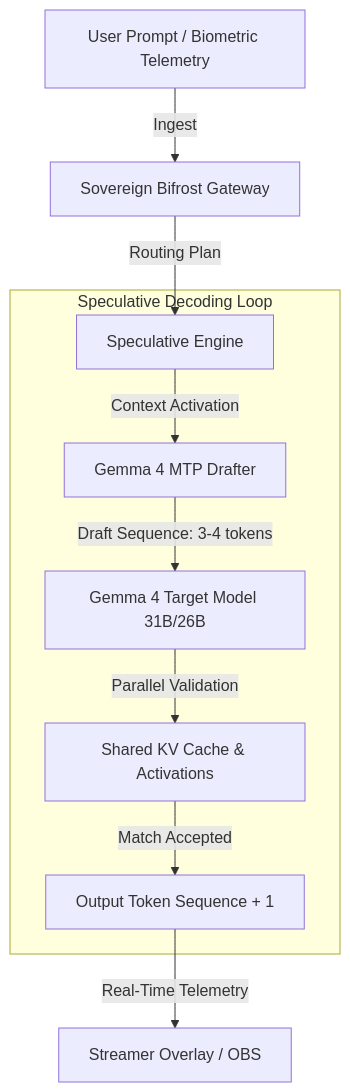
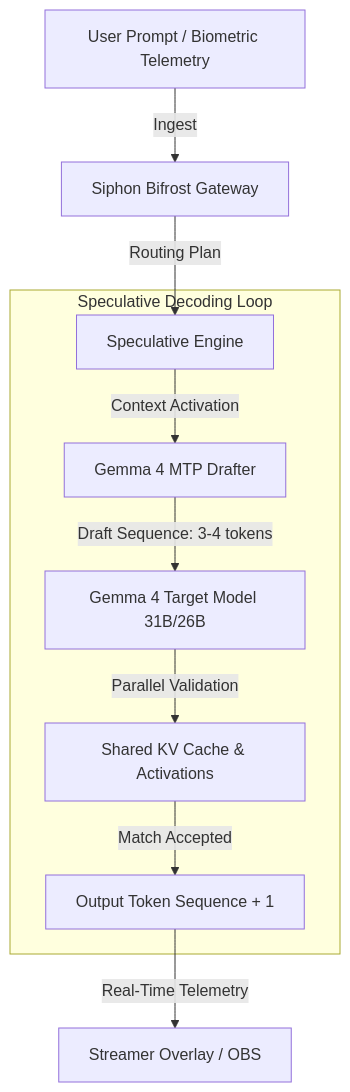
Before and after one commit to Sovereign7G/network: the diagram in 06_INFRA/gemma4_mtp_integration_blueprint.md, drawn with Mermaid. The commit also changed other lines of this file and 552 other files, not shown here.

````diff
--- a/06_INFRA/gemma4_mtp_integration_blueprint.md
+++ b/06_INFRA/gemma4_mtp_integration_blueprint.md
@@ -16,14 +16,14 @@
 ```mermaid
 graph TD
-    UserPrompt[User Prompt / Biometric Telemetry] -->|Ingest| Bifrost[Sovereign Bifrost Gateway]
+    UserPrompt[User Prompt / Biometric Telemetry] -->|Ingest| Bifrost[Siphon Bifrost Gateway]
     Bifrost -->|Routing Plan| SpecEngine[Speculative Engine]
     
     subgraph Speculative Decoding Loop
         SpecEngine -->|Context Activation| Drafter[Gemma 4 MTP Drafter]
         Drafter -->|Draft Sequence: 3-4 tokens| TargetVerify[Gemma 4 Target Model 31B/26B]
         TargetVerify -->|Parallel Validation| KVCache[Shared KV Cache & Activations]
         KVCache -->|Match Accepted| Output[Output Token Sequence + 1]
     end
     
     Output -->|Real-Time Telemetry| StreamOverlay[Streamer Overlay / OBS]
 ```
````
